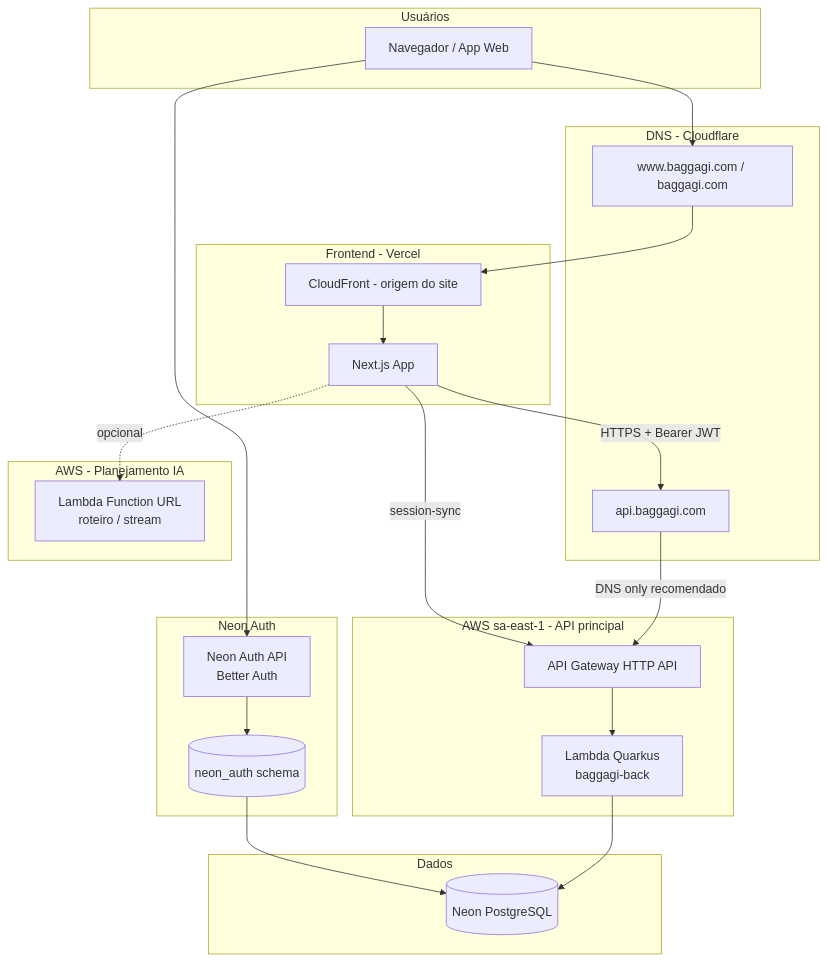
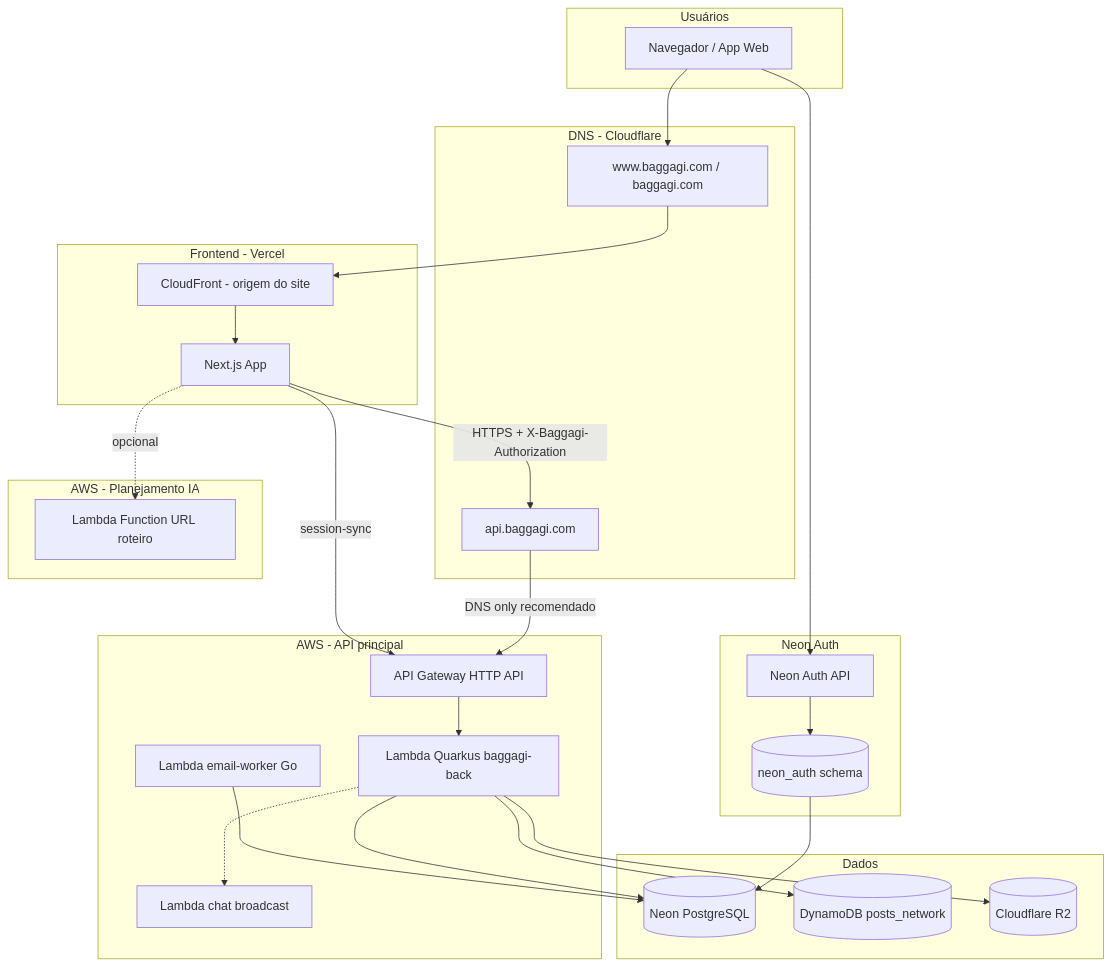
Before and after one commit to jonathassk/quarkus-app: the first of 3 diagrams in ARQUITETURA.md, drawn with Mermaid. The commit also changed other lines of this file and 67 other files, not shown here.

First line of the commit message:
feat: enhance architecture documentation and update backend functionality

````diff
--- a/ARQUITETURA.md
+++ b/ARQUITETURA.md
@@ -34,49 +40,56 @@
 ```mermaid
 flowchart TB
     subgraph users [Usuários]
         Browser[Navegador / App Web]
     end
 
     subgraph dns [DNS - Cloudflare]
         CF_WWW[www.baggagi.com / baggagi.com]
         CF_API[api.baggagi.com]
     end
 
     subgraph front [Frontend - Vercel]
         Next[Next.js App]
         CF_CDN[CloudFront - origem do site]
     end
 
-    subgraph aws_api [AWS sa-east-1 - API principal]
+    subgraph aws_api [AWS - API principal]
         APIGW[API Gateway HTTP API]
-        LambdaAPI[Lambda Quarkus<br/>baggagi-back]
+        LambdaAPI[Lambda Quarkus baggagi-back]
+        EmailWorker[Lambda email-worker Go]
+        WSBroadcast[Lambda chat broadcast]
     end
 
     subgraph neon_auth [Neon Auth]
-        AuthAPI[Neon Auth API<br/>Better Auth]
+        AuthAPI[Neon Auth API]
         AuthSchema[(neon_auth schema)]
     end
 
     subgraph aws_ai [AWS - Planejamento IA]
-        LambdaPlan[Lambda Function URL<br/>roteiro / stream]
+        LambdaPlan[Lambda Function URL roteiro]
     end
 
     subgraph data [Dados]
         Neon[(Neon PostgreSQL)]
+        Dynamo[(DynamoDB posts_network)]
+        R2[(Cloudflare R2)]
     end
 
     Browser --> CF_WWW
     CF_WWW --> CF_CDN
     CF_CDN --> Next
-    Next -->|HTTPS + Bearer JWT| CF_API
+    Next -->|HTTPS + X-Baggagi-Authorization| CF_API
     CF_API -->|DNS only recomendado| APIGW
     APIGW --> LambdaAPI
     LambdaAPI --> Neon
+    LambdaAPI --> Dynamo
+    LambdaAPI --> R2
+    LambdaAPI -.-> WSBroadcast
+    EmailWorker --> Neon
 
     Browser --> AuthAPI
     AuthAPI --> AuthSchema
     AuthSchema --> Neon
     Next -->|session-sync| APIGW
-
     Next -.->|opcional| LambdaPlan
 ```
````
